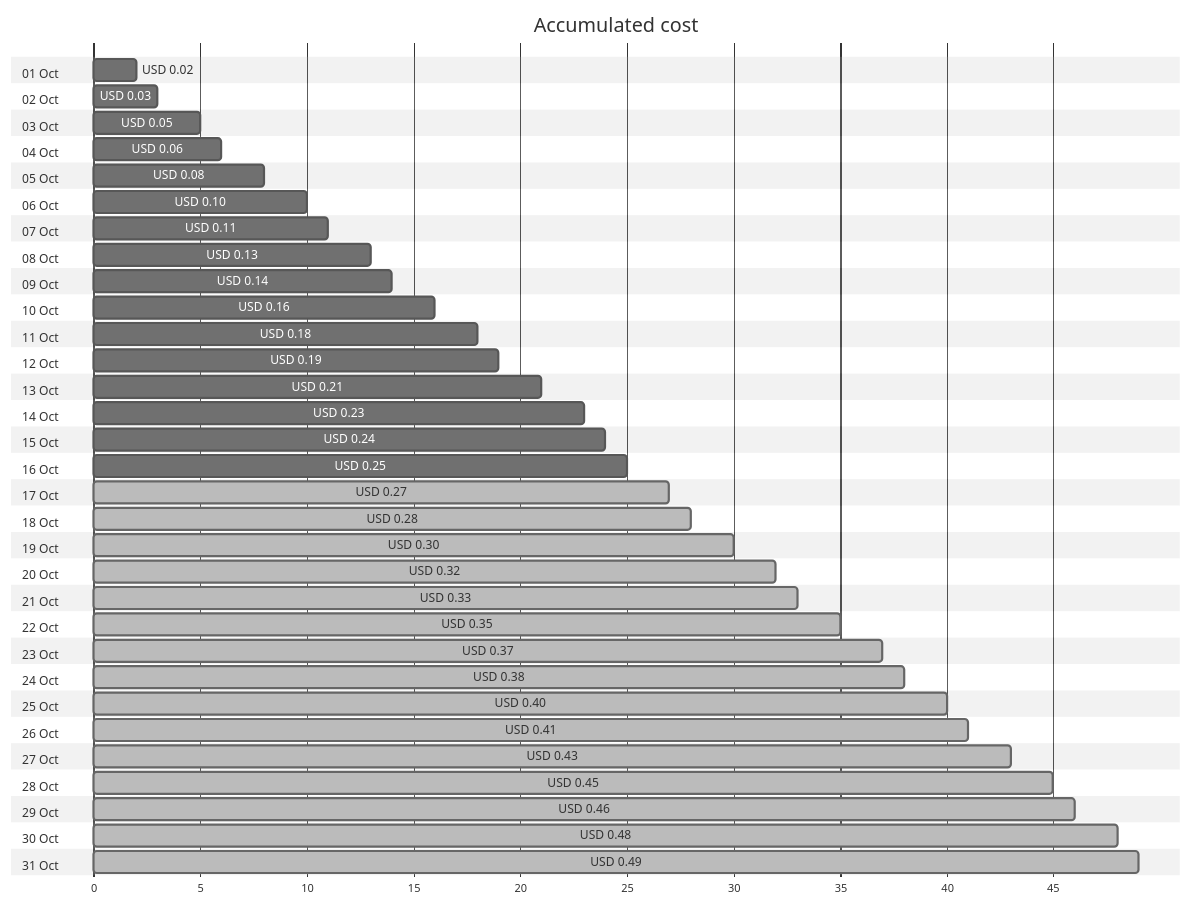
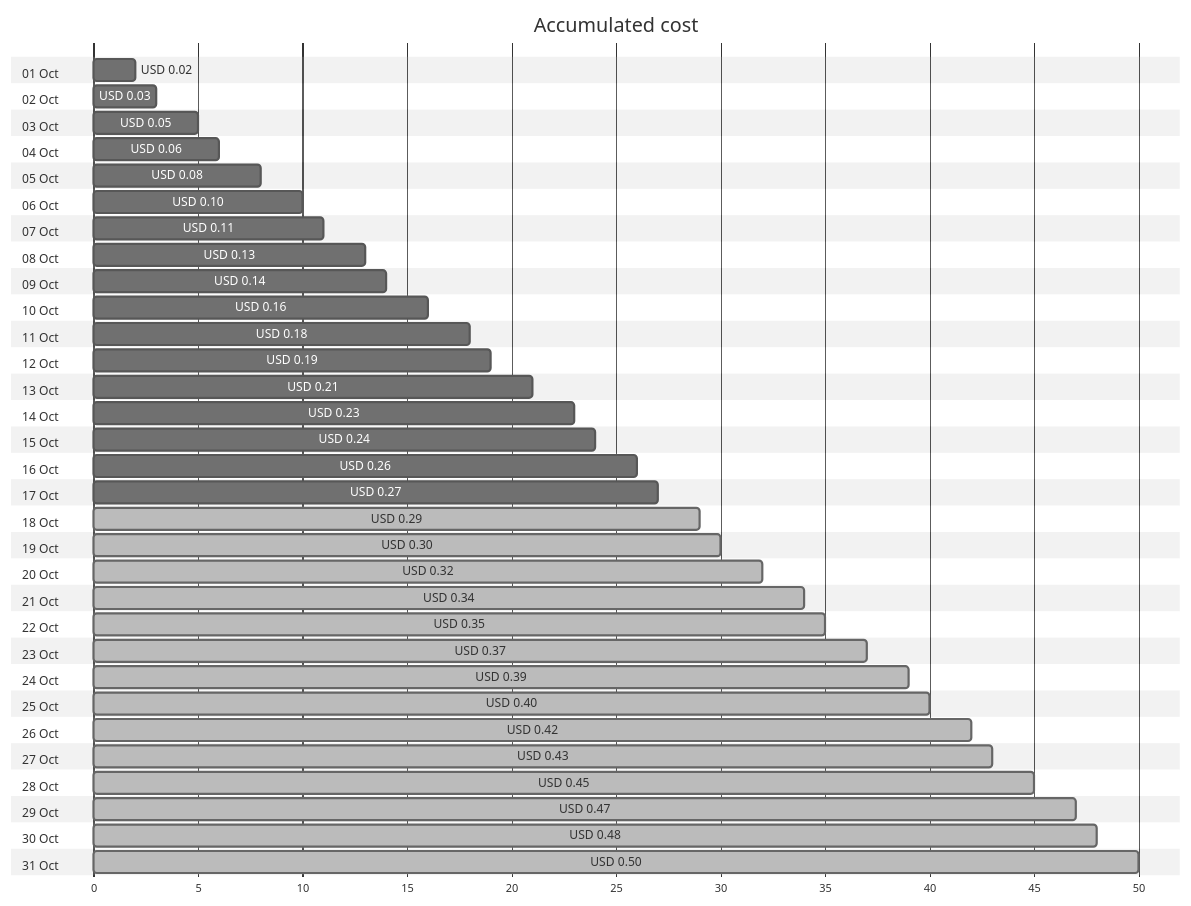
The first of 4 diagrams in cost-reports/personal-network/private.jpatrickfulton.com.md (jpfulton/azure-personal-reports), drawn with Mermaid (neutral theme) before and after one commit. The commit also changed other lines of this file and 8 other files, not shown here.

````diff
--- a/cost-reports/personal-network/private.jpatrickfulton.com.md
+++ b/cost-reports/personal-network/private.jpatrickfulton.com.md
@@ -20,68 +20,68 @@
 ```mermaid
 gantt
    title Accumulated cost
    dateFormat  X
    axisFormat %s
    section 01 Oct
    USD 0.02 :0, 2
    section 02 Oct
    USD 0.03 :0, 3
    section 03 Oct
    USD 0.05 :0, 5
    section 04 Oct
    USD 0.06 :0, 6
    section 05 Oct
    USD 0.08 :0, 8
    section 06 Oct
    USD 0.10 :0, 10
    section 07 Oct
    USD 0.11 :0, 11
    section 08 Oct
    USD 0.13 :0, 13
    section 09 Oct
    USD 0.14 :0, 14
    section 10 Oct
    USD 0.16 :0, 16
    section 11 Oct
    USD 0.18 :0, 18
    section 12 Oct
    USD 0.19 :0, 19
    section 13 Oct
    USD 0.21 :0, 21
    section 14 Oct
    USD 0.23 :0, 23
    section 15 Oct
    USD 0.24 :0, 24
    section 16 Oct
-   USD 0.25 :0, 25
+   USD 0.26 :0, 26
    section 17 Oct
-   USD 0.27 : done, 0, 27
+   USD 0.27 :0, 27
    section 18 Oct
-   USD 0.28 : done, 0, 28
+   USD 0.29 : done, 0, 29
    section 19 Oct
    USD 0.30 : done, 0, 30
    section 20 Oct
    USD 0.32 : done, 0, 32
    section 21 Oct
-   USD 0.33 : done, 0, 33
+   USD 0.34 : done, 0, 34
    section 22 Oct
    USD 0.35 : done, 0, 35
    section 23 Oct
    USD 0.37 : done, 0, 37
    section 24 Oct
-   USD 0.38 : done, 0, 38
+   USD 0.39 : done, 0, 39
    section 25 Oct
    USD 0.40 : done, 0, 40
    section 26 Oct
-   USD 0.41 : done, 0, 41
+   USD 0.42 : done, 0, 42
    section 27 Oct
    USD 0.43 : done, 0, 43
    section 28 Oct
    USD 0.45 : done, 0, 45
    section 29 Oct
-   USD 0.46 : done, 0, 46
+   USD 0.47 : done, 0, 47
    section 30 Oct
    USD 0.48 : done, 0, 48
    section 31 Oct
-   USD 0.49 : done, 0, 49
+   USD 0.50 : done, 0, 50
 ```
````
